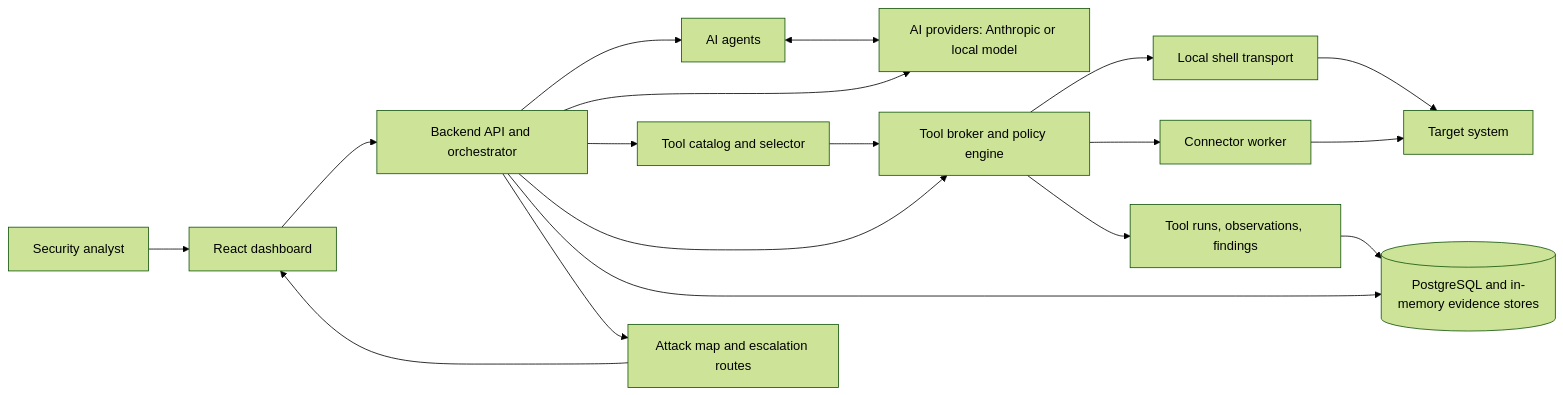
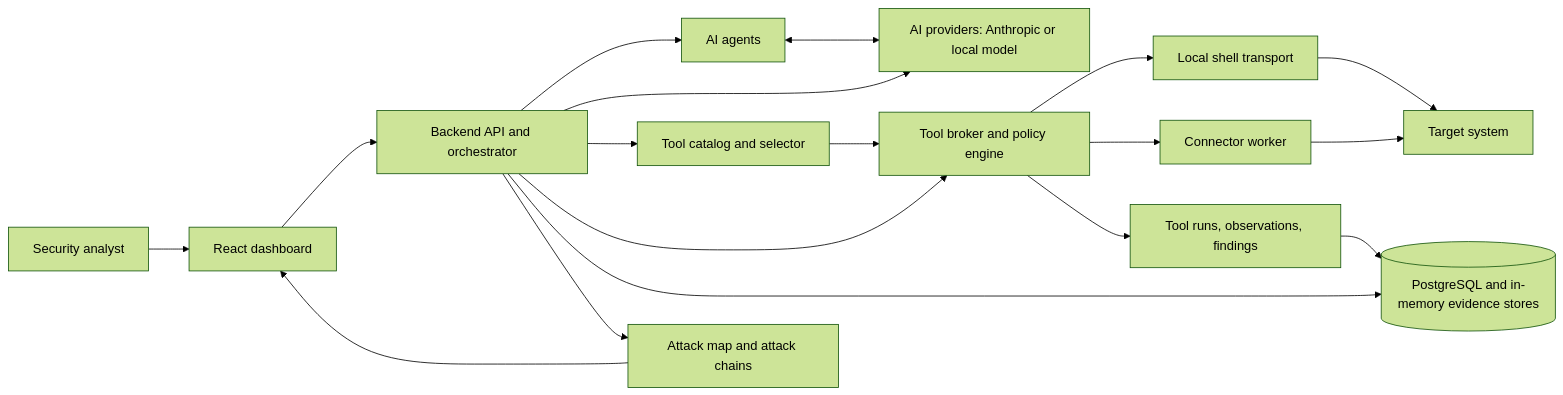
The first of 6 diagrams in README.md (alsaifybashar/SynoSec-buildathon), drawn with Mermaid (forest theme) before and after one commit. The commit also changed other lines of this file and 15 other files, not shown here.

````diff
--- a/README.md
+++ b/README.md
@@ -24,23 +24,23 @@
 ```mermaid
 flowchart LR
     User[Security analyst] --> Frontend[React dashboard]
     Frontend --> Backend[Backend API and orchestrator]
 
     Backend --> Agents[AI agents]
     Backend --> Providers[AI providers: Anthropic or local model]
     Backend --> Catalog[Tool catalog and selector]
     Backend --> Broker[Tool broker and policy engine]
     Backend --> Store[(PostgreSQL and in-memory evidence stores)]
 
     Agents <--> Providers
     Catalog --> Broker
     Broker --> Local[Local shell transport]
     Broker --> Connector[Connector worker]
     Local --> Target[Target system]
     Connector --> Target
 
     Broker --> Evidence[Tool runs, observations, findings]
     Evidence --> Store
-    Backend --> AttackMap[Attack map and escalation routes]
+    Backend --> AttackMap[Attack map and attack chains]
     AttackMap --> Frontend
 ```
````
